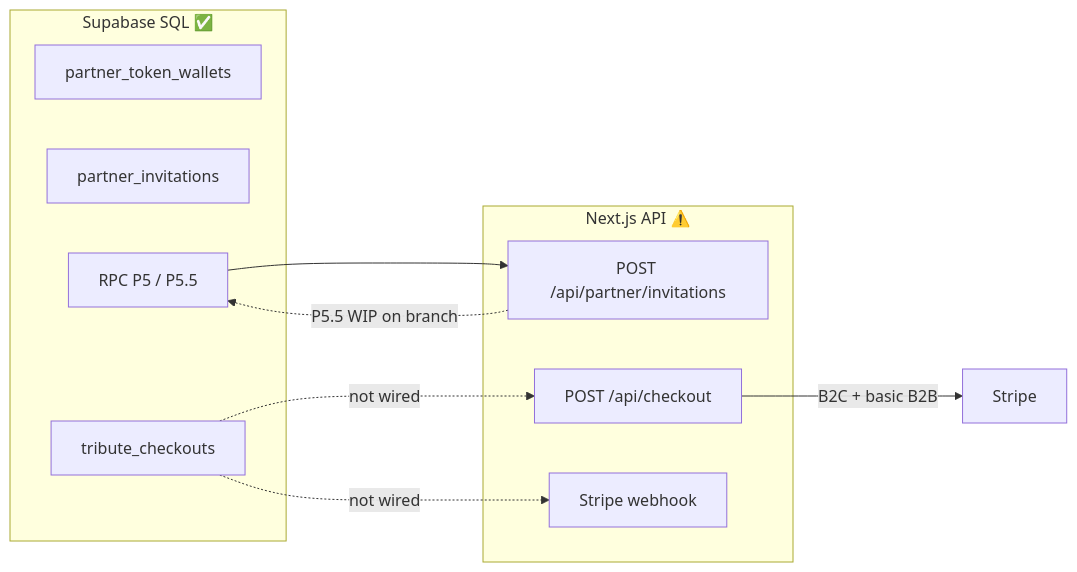
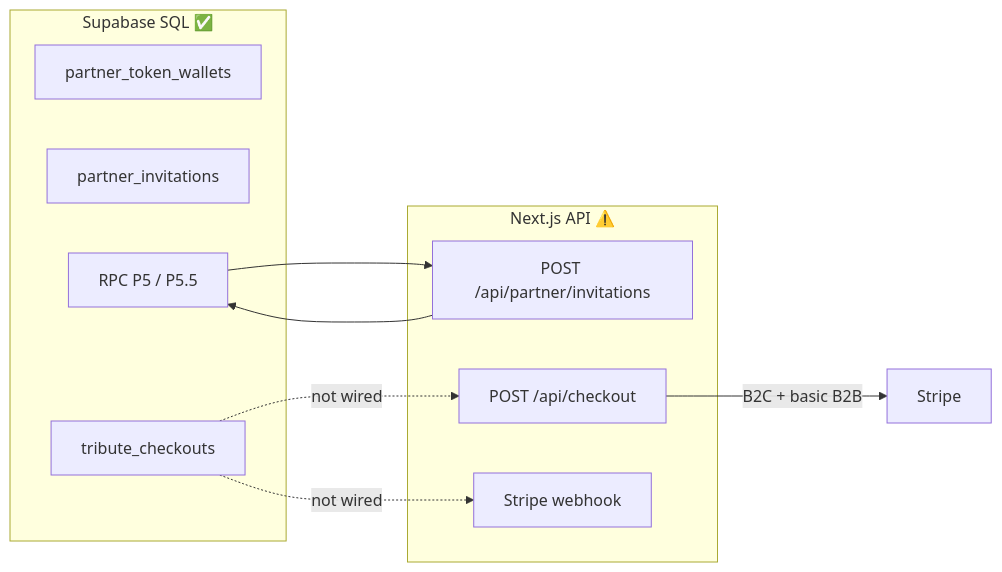
The diagram in docs/PROJECT_STATUS.md (Lyra-OD/odyssey-web), drawn with Mermaid before and after one commit. The commit also changed other lines of this file and 1 other file, not shown here.

````diff
--- a/docs/PROJECT_STATUS.md
+++ b/docs/PROJECT_STATUS.md
@@ -52,19 +52,19 @@
 ```mermaid
 flowchart LR
   subgraph DB["Supabase SQL ✅"]
     W[partner_token_wallets]
     I[partner_invitations]
     C[tribute_checkouts]
     R[RPC P5 / P5.5]
   end
   subgraph App["Next.js API ⚠️"]
     A["POST /api/partner/invitations"]
     B["POST /api/checkout"]
     S["Stripe webhook"]
   end
   R --> A
-  A -.->|"P5.5 WIP on branch"| R
+  A --> R
   C -.->|"not wired"| B
   C -.->|"not wired"| S
   B -->|"B2C + basic B2B"| Stripe
 ```
````
